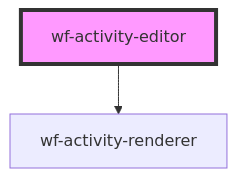
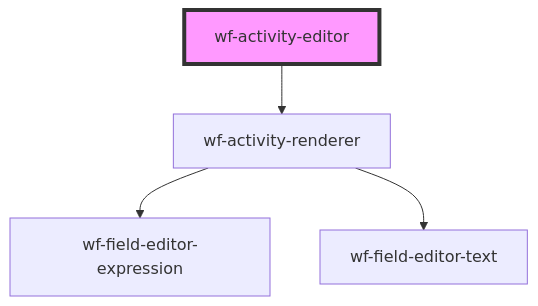
One commit to elsa-workflows/elsa-designer changed the diagram in src/components/workflow-designer/activity-editor/readme.md. Above: the diagram before and after it, drawn with Mermaid. The commit also changed 20 other files, not shown here.

````diff
--- a/src/components/workflow-designer/activity-editor/readme.md
+++ b/src/components/workflow-designer/activity-editor/readme.md
@@ -30,5 +30,7 @@
 ```mermaid
 graph TD;
   wf-activity-editor --> wf-activity-renderer
+  wf-activity-renderer --> wf-field-editor-expression
+  wf-activity-renderer --> wf-field-editor-text
   style wf-activity-editor fill:#f9f,stroke:#333,stroke-width:4px
 ```
````
